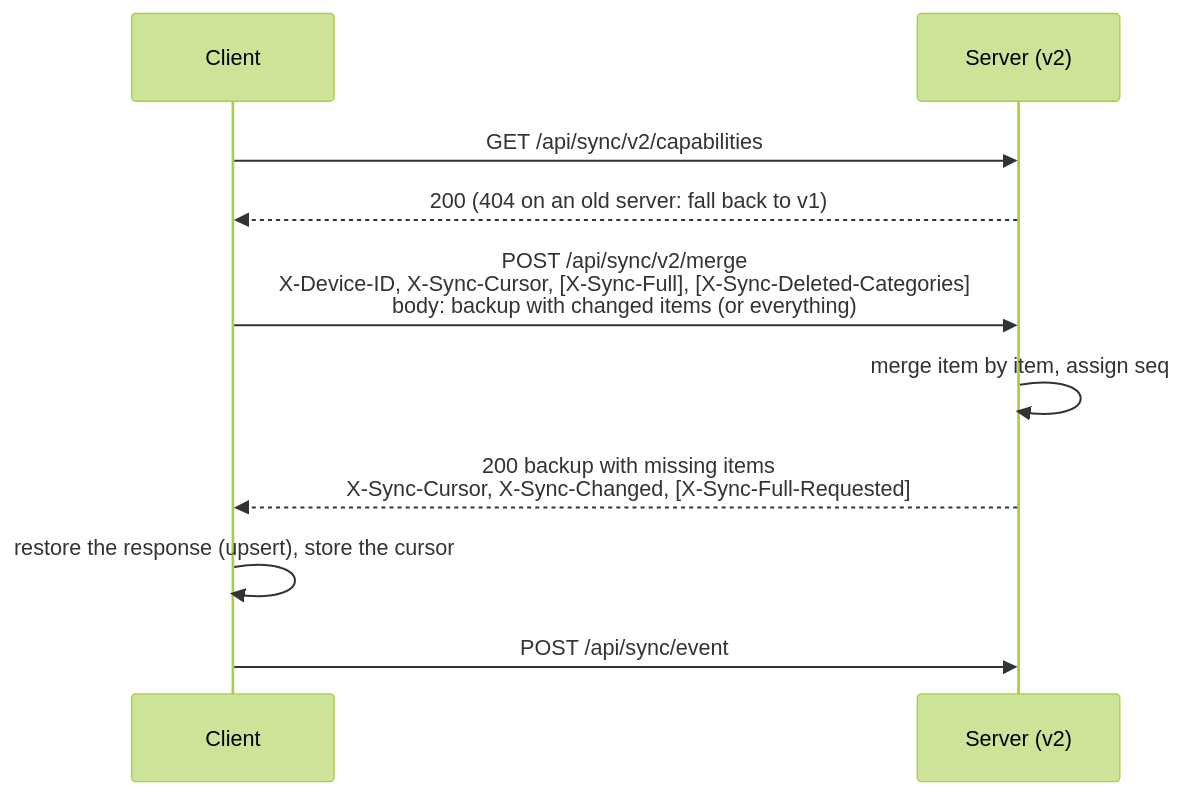
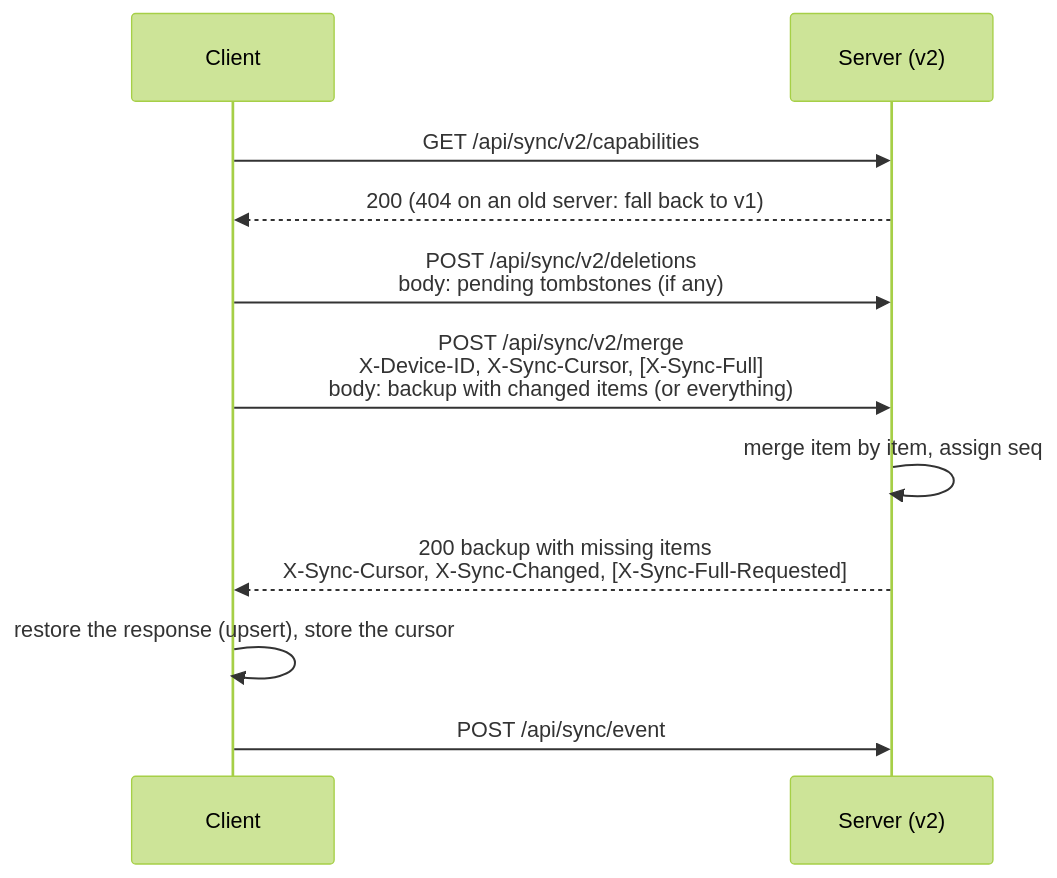
Before and after one commit to syncyomi/syncyomi: the second of 3 diagrams in docs/sync-protocol-v2.md, drawn with Mermaid (forest theme). The commit also changed other lines of this file and 18 other files, not shown here.

First line of the commit message:
feat(sync): unified tombstones for every sync kind

````diff
--- a/docs/sync-protocol-v2.md
+++ b/docs/sync-protocol-v2.md
@@ -34,12 +34,13 @@
 ```mermaid
 sequenceDiagram
     participant C as Client
     participant S as Server (v2)
     C->>S: GET /api/sync/v2/capabilities
     S-->>C: 200 (404 on an old server: fall back to v1)
-    C->>S: POST /api/sync/v2/merge<br/>X-Device-ID, X-Sync-Cursor, [X-Sync-Full], [X-Sync-Deleted-Categories]<br/>body: backup with changed items (or everything)
+    C->>S: POST /api/sync/v2/deletions<br/>body: pending tombstones (if any)
+    C->>S: POST /api/sync/v2/merge<br/>X-Device-ID, X-Sync-Cursor, [X-Sync-Full]<br/>body: backup with changed items (or everything)
     S->>S: merge item by item, assign seq
     S-->>C: 200 backup with missing items<br/>X-Sync-Cursor, X-Sync-Changed, [X-Sync-Full-Requested]
     C->>C: restore the response (upsert), store the cursor
     C->>S: POST /api/sync/event
 ```
````
